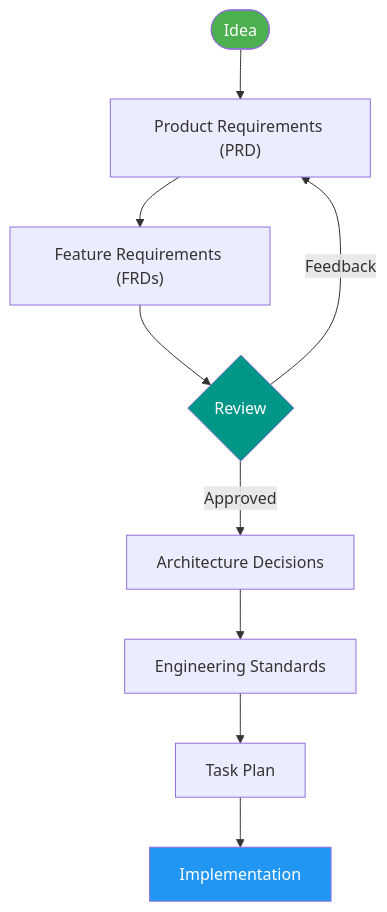
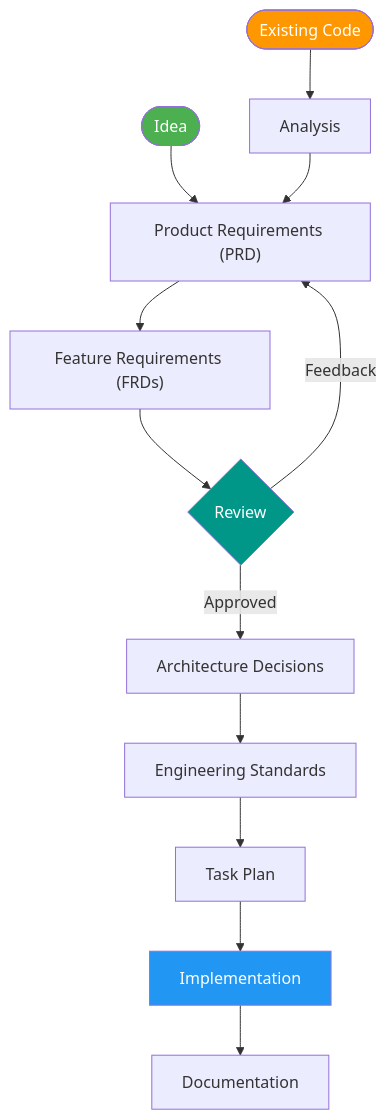
Before and after one commit to dev-sr201d/spec-to-code: the diagram in README.md, drawn with Mermaid. The commit also changed other lines of this file and 52 other files, not shown here.

````diff
--- a/README.md
+++ b/README.md
@@ -9,15 +9,18 @@
 ```mermaid
 flowchart TD
     A(["Idea"]) --> B["Product Requirements (PRD)"]
+    Z(["Existing Code"]) --> Y["Analysis"] --> B
     B --> C["Feature Requirements (FRDs)"]
     C --> D{"Review"}
     D -->|Approved| E["Architecture Decisions"]
     D -->|Feedback| B
     E --> F["Engineering Standards"]
     F --> G["Task Plan"]
     G --> H["Implementation"]
+    H --> I["Documentation"]
 
     style A fill:#4CAF50,color:#fff
+    style Z fill:#FF9800,color:#fff
     style D fill:#009688,color:#fff
     style H fill:#2196F3,color:#fff
 ```
````
